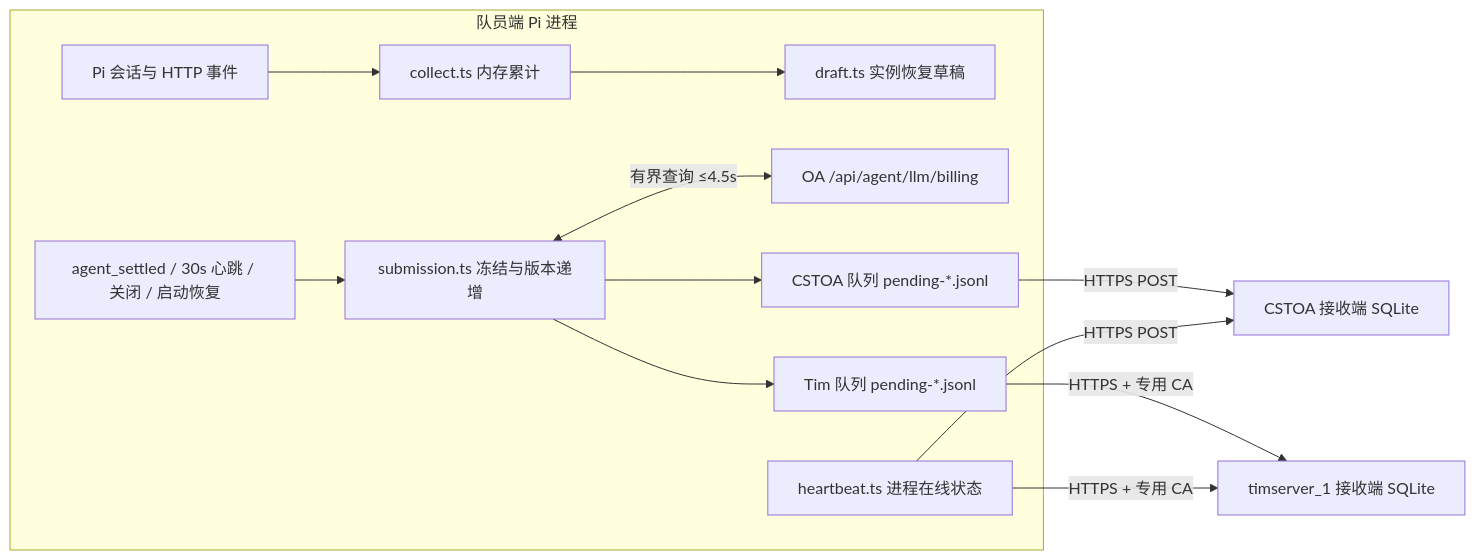
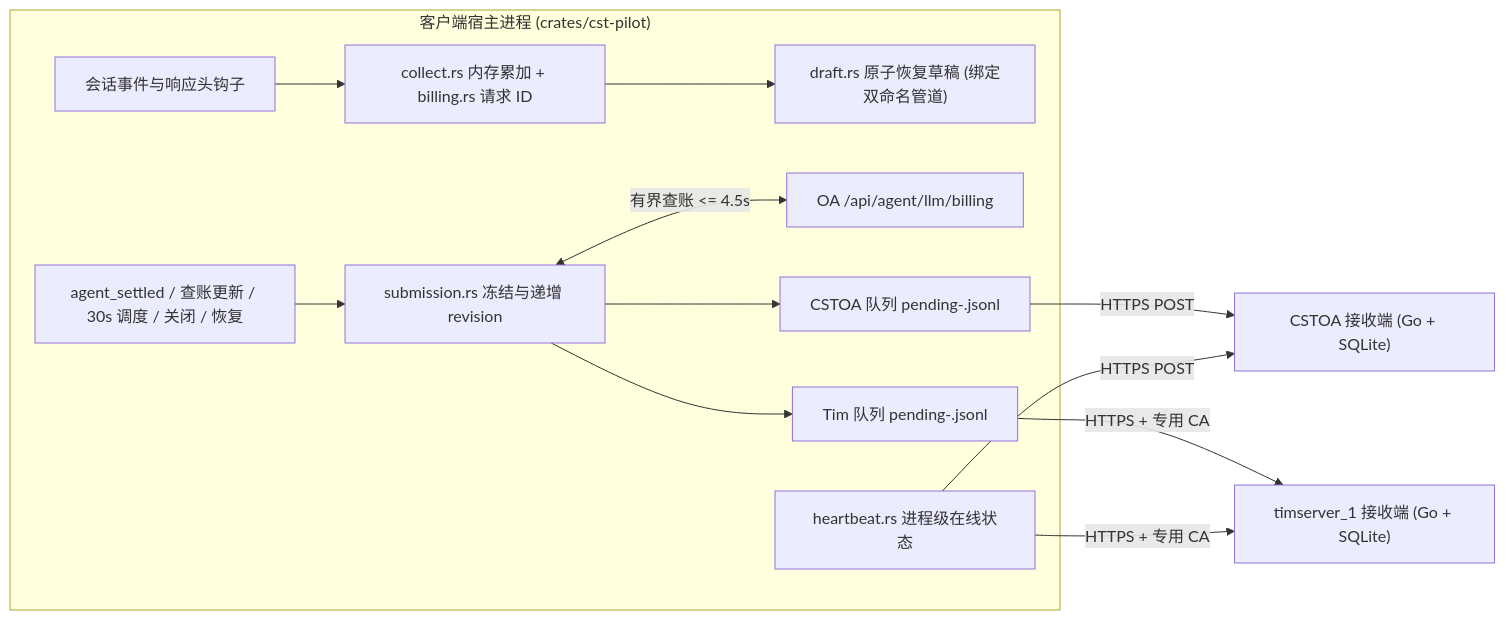
One commit to SCAU-Computer-Serving-Team/cst-pilot changed the diagram in doc/telemetry/ARCHITECTURE.md. Above: the diagram before and after it, drawn with Mermaid. The commit also changed other lines of this file and 46 other files, not shown here.

````diff
--- a/doc/telemetry/ARCHITECTURE.md
+++ b/doc/telemetry/ARCHITECTURE.md
@@ -7,14 +7,15 @@
 ```mermaid
 flowchart LR
-    subgraph Client[队员端 Pi 进程]
-        Events[Pi 会话与 HTTP 事件] --> Collect[collect.ts 内存累计]
-        Collect --> Draft[draft.ts 实例恢复草稿]
-        Triggers[agent_settled / 30s 心跳 / 关闭 / 启动恢复] --> Submit[submission.ts 冻结与版本递增]
-        Submit <-->|有界查询 ≤4.5s| Bill[OA /api/agent/llm/billing]
-        Submit --> Q1[CSTOA 队列 pending-*.jsonl]
-        Submit --> Q2[Tim 队列 pending-*.jsonl]
-        HB[heartbeat.ts 进程在线状态]
+    subgraph Client["客户端宿主进程 (crates/cst-pilot)"]
+        Events["会话事件与响应头钩子"] --> Collect["collect.rs 内存累加 + billing.rs 请求 ID"]
+        Collect --> Draft["draft.rs 原子恢复草稿 (绑定双命名管道)"]
+        Triggers["agent_settled / 查账更新 / 30s 调度 / 关闭 / 恢复"] --> Submit["submission.rs 冻结与递增 revision"]
+        Submit <-->|"有界查账 <= 4.5s"| Bill["OA /api/agent/llm/billing"]
+        Submit --> Q1["CSTOA 队列 pending-<hash1>.jsonl"]
+        Submit --> Q2["Tim 队列 pending-<hash2>.jsonl"]
+        HB["heartbeat.rs 进程级在线状态"]
     end
-    Q1 & HB -->|HTTPS POST| R1[CSTOA 接收端 SQLite]
-    Q2 & HB -->|HTTPS + 专用 CA| R2[timserver_1 接收端 SQLite]
+
+    Q1 & HB -->|"HTTPS POST"| R1["CSTOA 接收端 (Go + SQLite)"]
+    Q2 & HB -->|"HTTPS + 专用 CA"| R2["timserver_1 接收端 (Go + SQLite)"]
 ```
````
